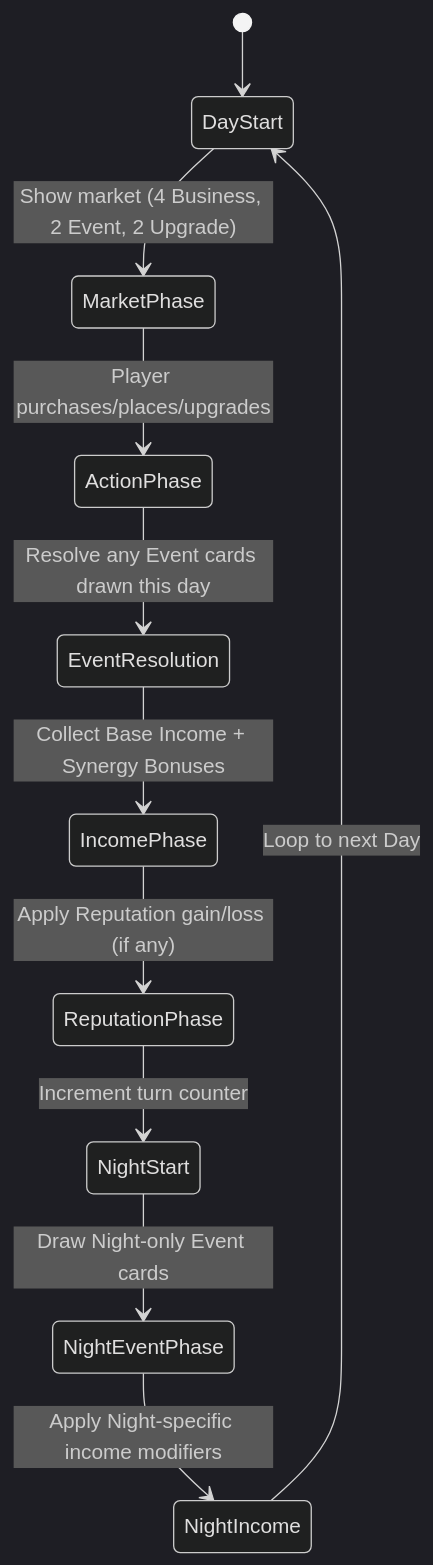
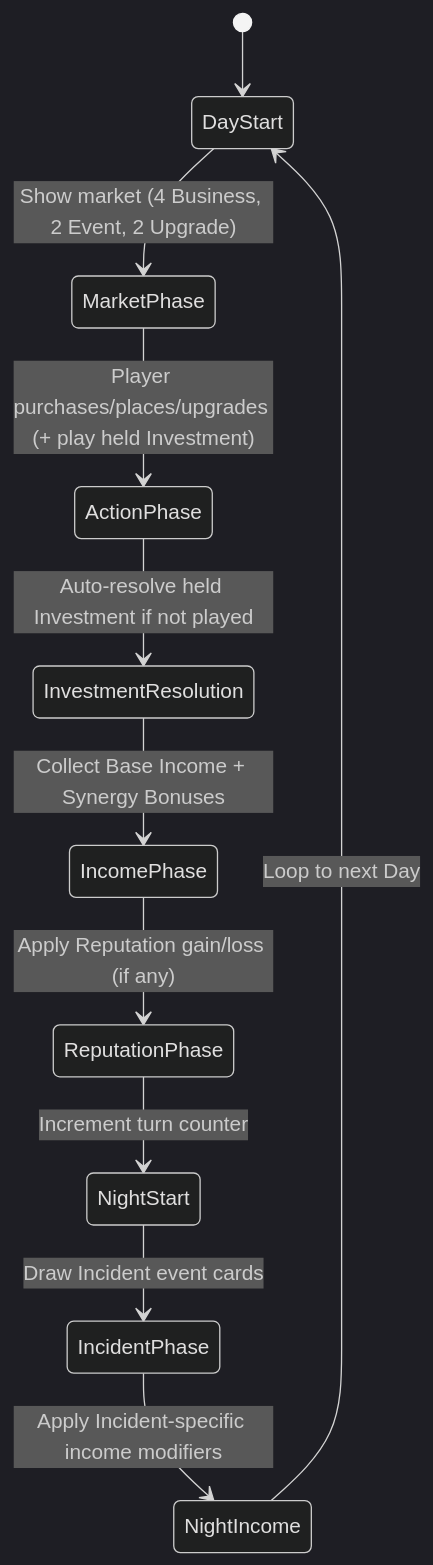
One commit to TheWizardsCode/Tableau-Card-Engine changed the diagram in docs/main-street/the-build-gdd.md. Above: the diagram before and after it, drawn with Mermaid (dark theme). The commit also changed other lines of this file and 3 other files, not shown here.

First line of the commit message:
CG-0MM8PGKBO06SDD6V: Update design docs for Investment/Incident terminology

````diff
--- a/docs/main-street/the-build-gdd.md
+++ b/docs/main-street/the-build-gdd.md
@@ -150,13 +150,13 @@
 ```mermaid
 stateDiagram-v2
     [*] --> DayStart
     DayStart --> MarketPhase: Show market (4 Business, 2 Event, 2 Upgrade)
-    MarketPhase --> ActionPhase: Player purchases/places/upgrades
-    ActionPhase --> EventResolution: Resolve any Event cards drawn this day
-    EventResolution --> IncomePhase: Collect Base Income + Synergy Bonuses
+    MarketPhase --> ActionPhase: Player purchases/places/upgrades (+ play held Investment)
+    ActionPhase --> InvestmentResolution: Auto‑resolve held Investment if not played
+    InvestmentResolution --> IncomePhase: Collect Base Income + Synergy Bonuses
     IncomePhase --> ReputationPhase: Apply Reputation gain/loss (if any)
     ReputationPhase --> NightStart: Increment turn counter
-    NightStart --> NightEventPhase: Draw Night‑only Event cards
-    NightEventPhase --> NightIncome: Apply Night‑specific income modifiers
+    NightStart --> IncidentPhase: Draw Incident event cards
+    IncidentPhase --> NightIncome: Apply Incident‑specific income modifiers
     NightIncome --> DayStart: Loop to next Day
 ```
````
